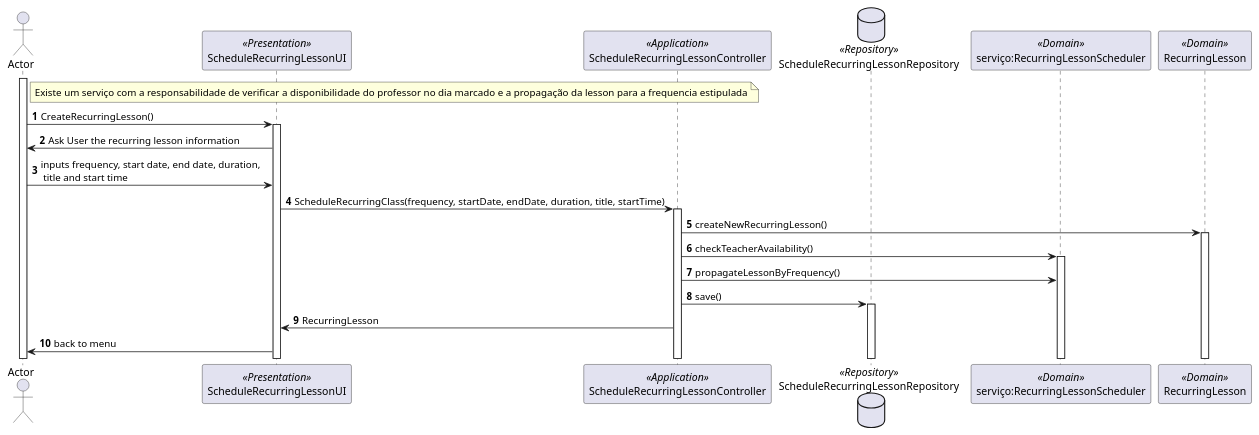
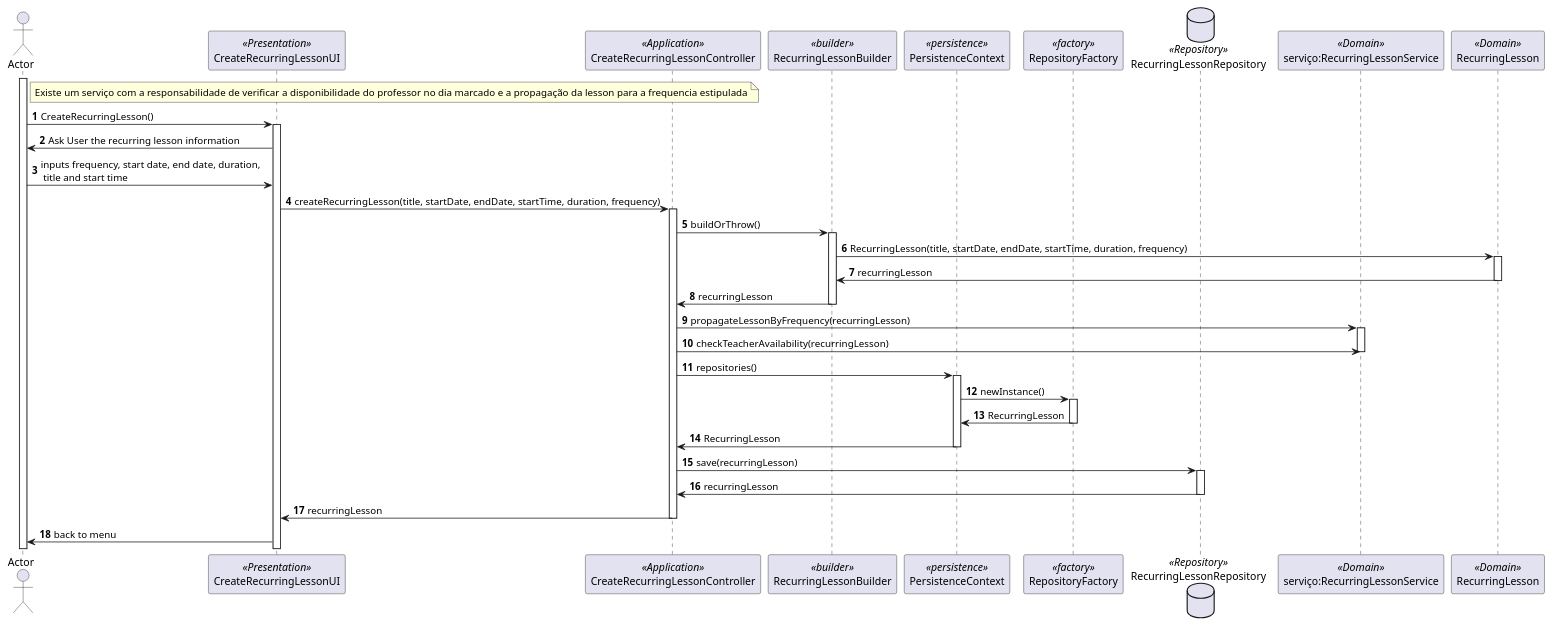
One commit to mascenso/isep-sem4-lapr4 changed the diagram in docs/SPRINT B/US1010 - Schedule Class/US1010-SD.puml. Above: the diagram before and after it, drawn with PlantUML. The commit also changed 5 other files, not shown here.

```diff
--- a/docs/SPRINT B/US1010 - Schedule Class/US1010-SD.puml
+++ b/docs/SPRINT B/US1010 - Schedule Class/US1010-SD.puml
@@ -1,34 +1,55 @@
 @startuml
 'https://plantuml.com/sequence-diagram
 
 autonumber
 
 actor Actor
 activate Actor
 note right of Actor: Existe um serviço com a responsabilidade de verificar a disponibilidade do professor no dia marcado e a propagação da lesson para a frequencia estipulada
-participant ScheduleRecurringLessonUI as UI <<Presentation>>
-participant ScheduleRecurringLessonController as Controller <<Application>>
-database ScheduleRecurringLessonRepository as LessonRepository <<Repository>>
-participant "serviço:RecurringLessonScheduler" as Serviço <<Domain>>
+participant CreateRecurringLessonUI as UI <<Presentation>>
+participant CreateRecurringLessonController as Controller <<Application>>
+participant RecurringLessonBuilder as Builder <<builder>>
+participant PersistenceContext as Persistence <<persistence>>
+participant RepositoryFactory as Factory <<factory>>
+database RecurringLessonRepository as LessonRepository <<Repository>>
+participant "serviço:RecurringLessonService" as Service <<Domain>>
 participant RecurringLesson as RecurringLesson <<Domain>>
 
 
 Actor -> UI: CreateRecurringLesson()
 activate UI
 UI -> Actor: Ask User the recurring lesson information
 Actor -> UI: inputs frequency, start date, end date, duration,\n title and start time
 
-UI -> Controller: ScheduleRecurringClass(frequency, startDate, endDate, duration, title, startTime)
+UI -> Controller: createRecurringLesson(title, startDate, endDate, startTime, duration, frequency)
 activate Controller
-Controller -> RecurringLesson: createNewRecurringLesson()
+Controller -> Builder: buildOrThrow()
+activate Builder
+Builder -> RecurringLesson: RecurringLesson(title, startDate, endDate, startTime, duration, frequency)
 activate RecurringLesson
-Controller -> Serviço: checkTeacherAvailability()
-activate Serviço
-Controller -> Serviço: propagateLessonByFrequency()
-Controller -> LessonRepository: save()
+RecurringLesson -> Builder: recurringLesson
+deactivate RecurringLesson
+Builder -> Controller: recurringLesson
+deactivate Builder
+Controller -> Service: propagateLessonByFrequency(recurringLesson)
+activate Service
+Controller -> Service: checkTeacherAvailability(recurringLesson)
+deactivate Service
+Controller -> Persistence: repositories()
+activate Persistence
+Persistence -> Factory: newInstance()
+Activate Factory
+Factory -> Persistence: RecurringLesson
+deactivate Factory
+Persistence -> Controller: RecurringLesson
+deactivate Persistence
+Controller -> LessonRepository: save(recurringLesson)
 activate LessonRepository
-UI <- Controller: RecurringLesson
+LessonRepository -> Controller: recurringLesson
+deactivate LessonRepository
+Controller -> UI: recurringLesson
+deactivate Controller
 Actor <- UI: back to menu
 
 
 @enduml
```
